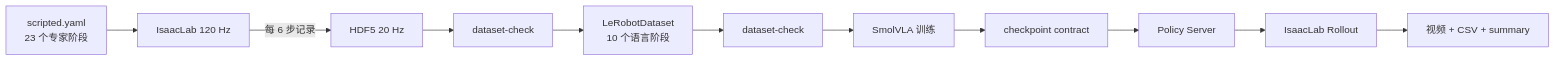
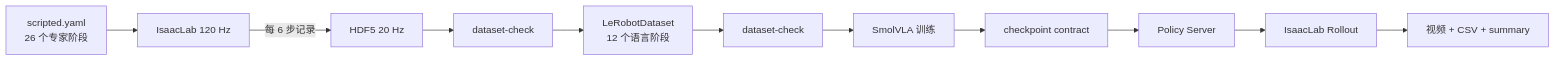
Before and after one commit to zhangfuyong888/qirobot_smolVLA: the first of 2 diagrams in s4_smolvla_isaaclab/docs/PIPELINE.md, drawn with Mermaid. The commit also changed other lines of this file and 24 other files, not shown here.

````diff
--- a/s4_smolvla_isaaclab/docs/PIPELINE.md
+++ b/s4_smolvla_isaaclab/docs/PIPELINE.md
@@ -7,13 +7,13 @@
 ```mermaid
 flowchart LR
-    A[scripted.yaml<br/>23 个专家阶段] --> B[IsaacLab 120 Hz]
+    A[scripted.yaml<br/>26 个专家阶段] --> B[IsaacLab 120 Hz]
     B -->|每 6 步记录| C[HDF5 20 Hz]
     C --> D[dataset-check]
-    D --> E[LeRobotDataset<br/>10 个语言阶段]
+    D --> E[LeRobotDataset<br/>12 个语言阶段]
     E --> F[dataset-check]
     F --> G[SmolVLA 训练]
     G --> H[checkpoint contract]
     H --> I[Policy Server]
     I --> J[IsaacLab Rollout]
     J --> K[视频 + CSV + summary]
 ```
````
